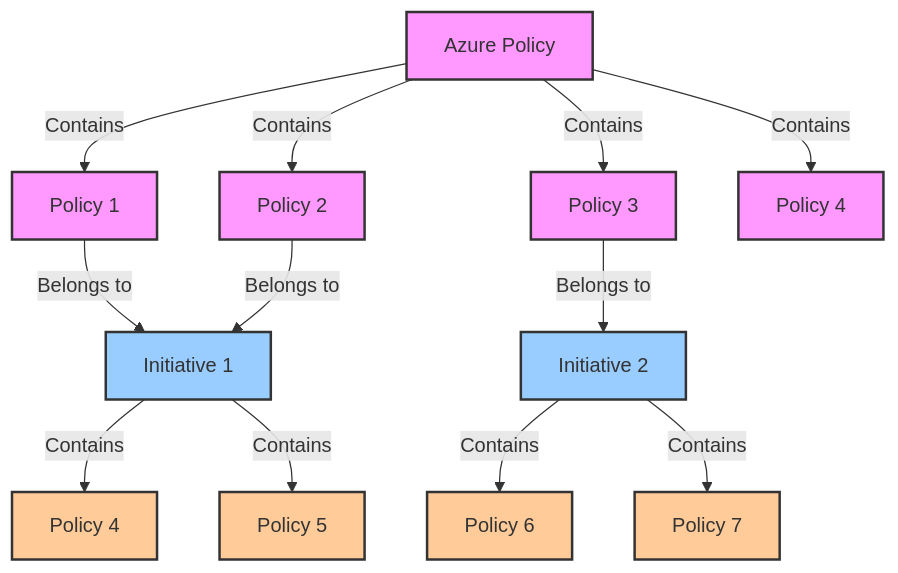
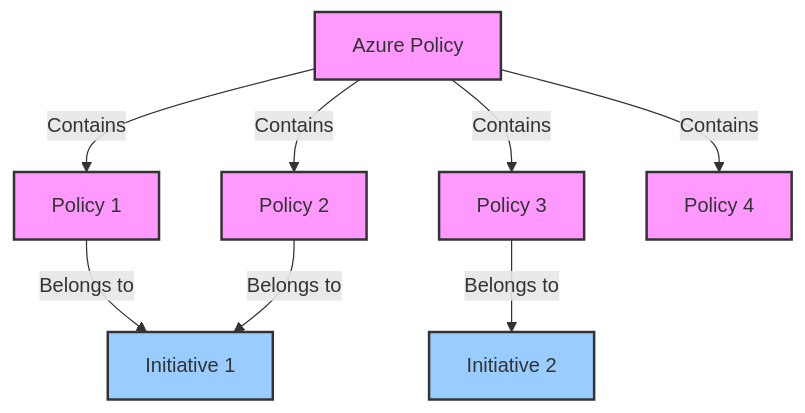
One commit to rfernandezdo/rfernandezdo.github.io changed the first of 2 diagrams in docs/blog/posts/2024/20240224_Azure_Policy.md. Above: the diagram before and after it, drawn with Mermaid. The commit also changed other lines of this file and 21 other files, not shown here.

````diff
--- a/docs/blog/posts/2024/20240224_Azure_Policy.md
+++ b/docs/blog/posts/2024/20240224_Azure_Policy.md
@@ -47,22 +47,19 @@
 ```mermaid
 graph TD;
     A[Azure Policy] -->|Contains| B1[Policy 1]
     A[Azure Policy] -->|Contains| B2[Policy 2]
     A[Azure Policy] -->|Contains| B3[Policy 3]
     A[Azure Policy] -->|Contains| B4[Policy 4]
     B1[Policy 1] -->|Belongs to| C[Initiative 1]
     B2[Policy 2] -->|Belongs to| C[Initiative 1]
     B3[Policy 3] -->|Belongs to| D[Initiative 2]
-    C[Initiative 1] -->|Contains| D1[Policy 4]
-    C[Initiative 1] -->|Contains| D2[Policy 5]
-    D[Initiative 2] -->|Contains| E1[Policy 6]
-    D[Initiative 2] -->|Contains| E2[Policy 7]
+
 
     classDef azurePolicy fill:#f9f,stroke:#333,stroke-width:2px;
     classDef policy fill:#fc9,stroke:#333,stroke-width:2px;
     classDef initiative fill:#9cf,stroke:#333,stroke-width:2px;
 
     class A,B1,B2,B3,B4 azurePolicy;
     class C,D initiative;
     class D1,D2,E1,E2 policy;
 ```
````
